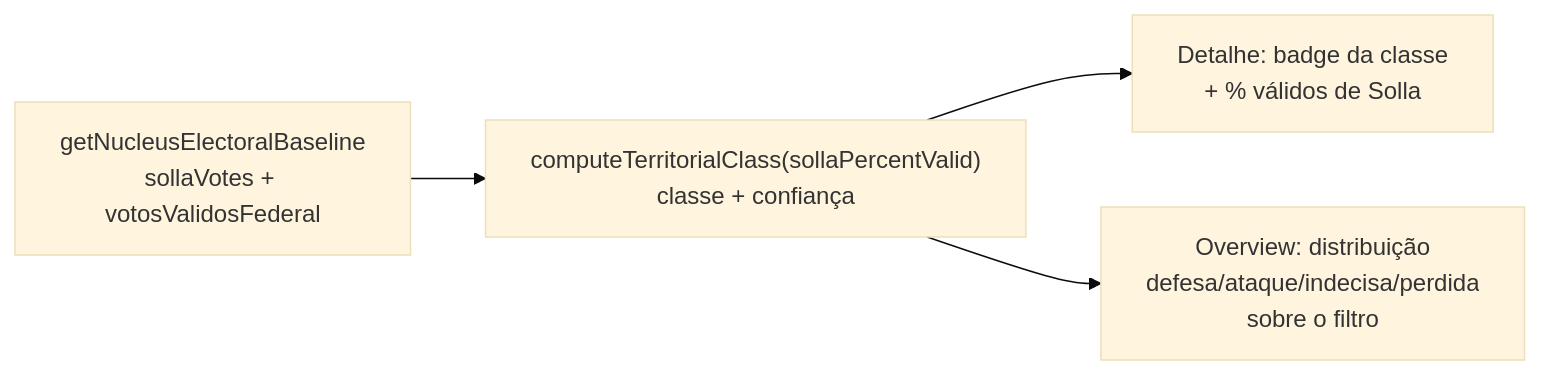
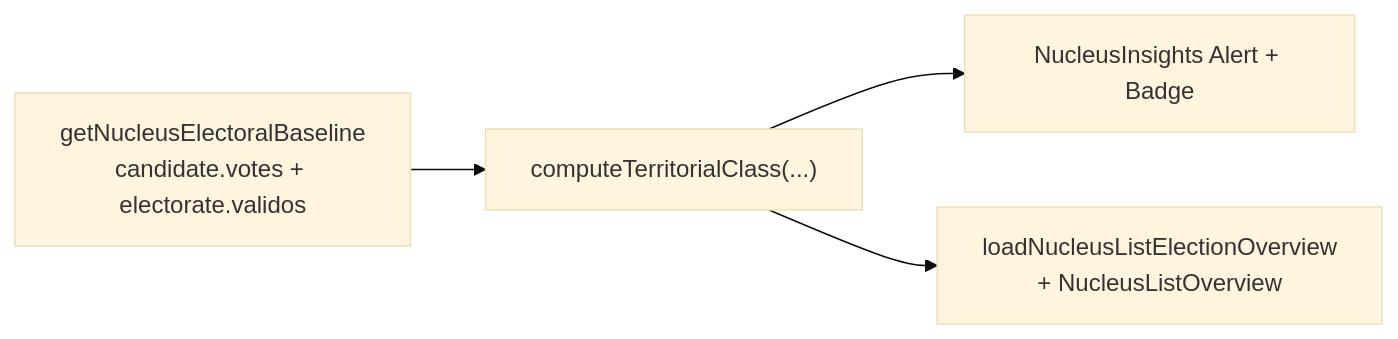
The diagram in docs/plans/insight-classificacao-territorial.md (fsolla/teqo), drawn with Mermaid (base theme) before and after one commit. The commit also changed other lines of this file and 13 other files, not shown here.

````diff
--- a/docs/plans/insight-classificacao-territorial.md
+++ b/docs/plans/insight-classificacao-territorial.md
@@ -37,10 +41,10 @@
 ```mermaid
 flowchart LR
-    Base["getNucleusElectoralBaseline<br/>sollaVotes + votosValidosFederal"]
-    Calc["computeTerritorialClass(sollaPercentValid)<br/>classe + confiança"]
-    Detail["Detalhe: badge da classe<br/>+ % válidos de Solla"]
-    Overview["Overview: distribuição<br/>defesa/ataque/indecisa/perdida<br/>sobre o filtro"]
+    Base["getNucleusElectoralBaseline<br/>candidate.votes + electorate.validos"]
+    Calc["computeTerritorialClass(...)"]
+    Detail["NucleusInsights Alert + Badge"]
+    Overview["loadNucleusListElectionOverview<br/>+ NucleusListOverview"]
     Base --> Calc
     Calc --> Detail
     Calc --> Overview
 ```
````
